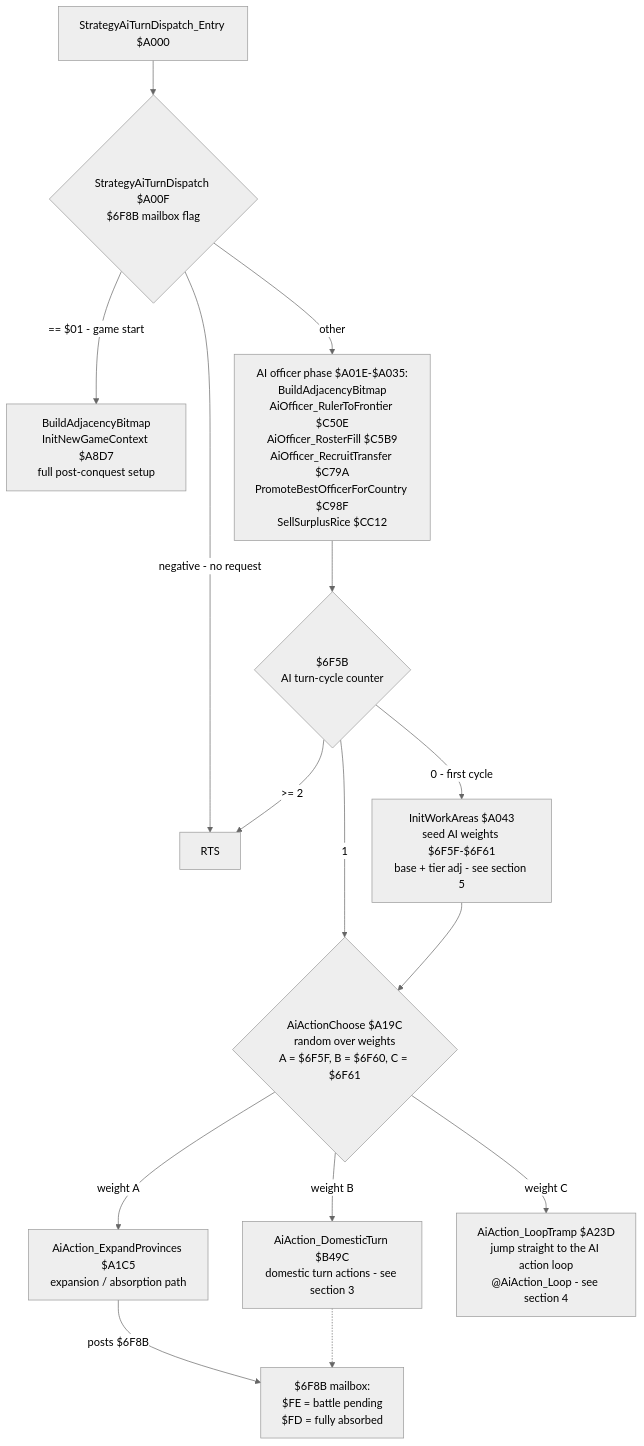
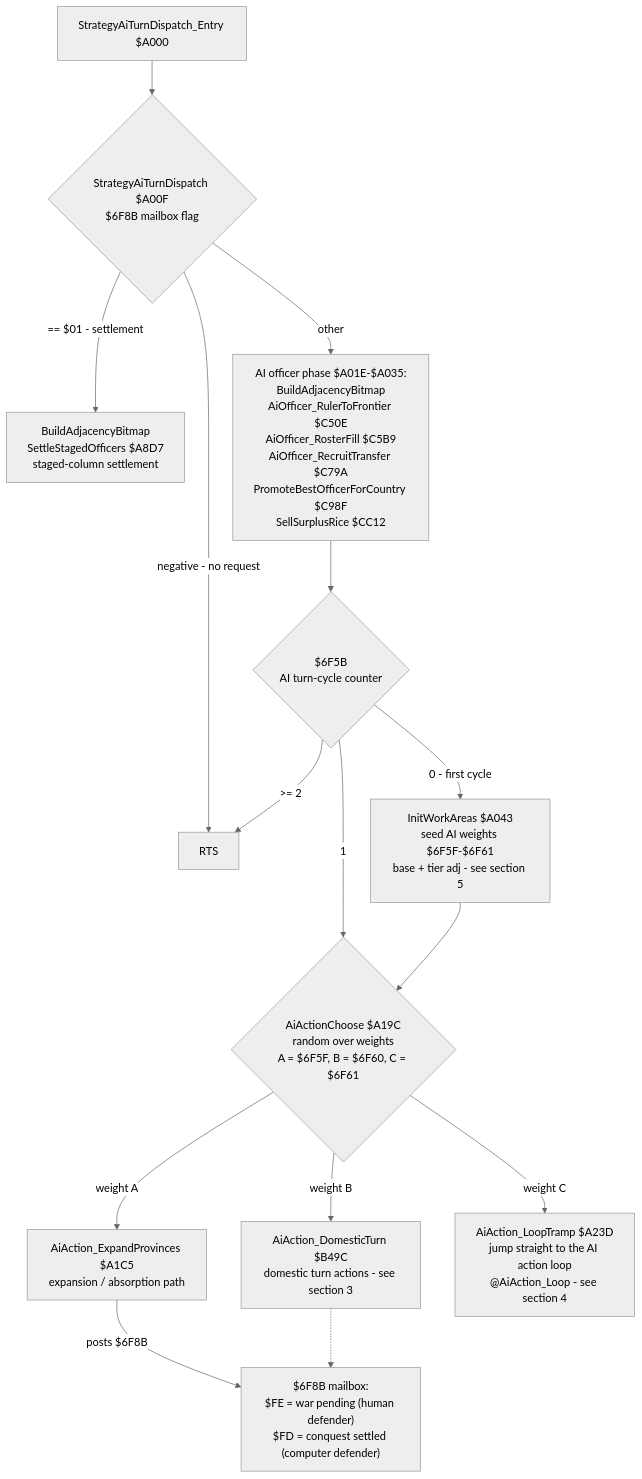
Before and after one commit to rabbyzero/sango2dasm: the first of 4 diagrams in code/strategy_ai_decision_tree.md, drawn with Mermaid (neutral theme). The commit also changed other lines of this file and 213 other files, not shown here.

````diff
--- a/code/strategy_ai_decision_tree.md
+++ b/code/strategy_ai_decision_tree.md
@@ -27,19 +27,19 @@
 ```mermaid
 flowchart TD
     E["StrategyAiTurnDispatch_Entry $A000"] --> CGS{"StrategyAiTurnDispatch $A00F<br/>$6F8B mailbox flag"}
     CGS -->|"negative - no request"| X["RTS"]
-    CGS -->|"== $01 - game start"| NG["BuildAdjacencyBitmap<br/>InitNewGameContext $A8D7<br/>full post-conquest setup"]
+    CGS -->|"== $01 - settlement"| NG["BuildAdjacencyBitmap<br/>SettleStagedOfficers $A8D7<br/>staged-column settlement"]
     CGS -->|"other"| OFF["AI officer phase $A01E-$A035:<br/>BuildAdjacencyBitmap<br/>AiOfficer_RulerToFrontier $C50E<br/>AiOfficer_RosterFill $C5B9<br/>AiOfficer_RecruitTransfer $C79A<br/>PromoteBestOfficerForCountry $C98F<br/>SellSurplusRice $CC12"]
     OFF --> CYC{"$6F5B<br/>AI turn-cycle counter"}
     CYC -->|"0 - first cycle"| IWA["InitWorkAreas $A043<br/>seed AI weights $6F5F-$6F61<br/>base + tier adj - see section 5"]
     CYC -->|"1"| WD
     CYC -->|">= 2"| X
     IWA --> WD
     WD{"AiActionChoose $A19C<br/>random over weights<br/>A = $6F5F, B = $6F60, C = $6F61"}
     WD -->|"weight A"| CEC["AiAction_ExpandProvinces $A1C5<br/>expansion / absorption path"]
     WD -->|"weight B"| ATD["AiAction_DomesticTurn $B49C<br/>domestic turn actions - see section 3"]
     WD -->|"weight C"| ET["AiAction_LoopTramp $A23D<br/>jump straight to the AI action loop<br/>@AiAction_Loop - see section 4"]
 
-    CEC -->|"posts $6F8B"| MB["$6F8B mailbox:<br/>$FE = battle pending<br/>$FD = fully absorbed"]
+    CEC -->|"posts $6F8B"| MB["$6F8B mailbox:<br/>$FE = war pending (human defender)<br/>$FD = conquest settled (computer defender)"]
     ATD -.-> MB
 ```
````
